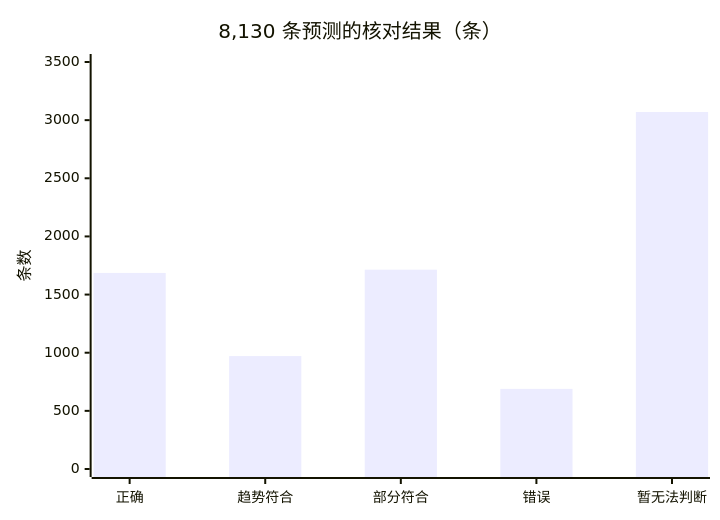
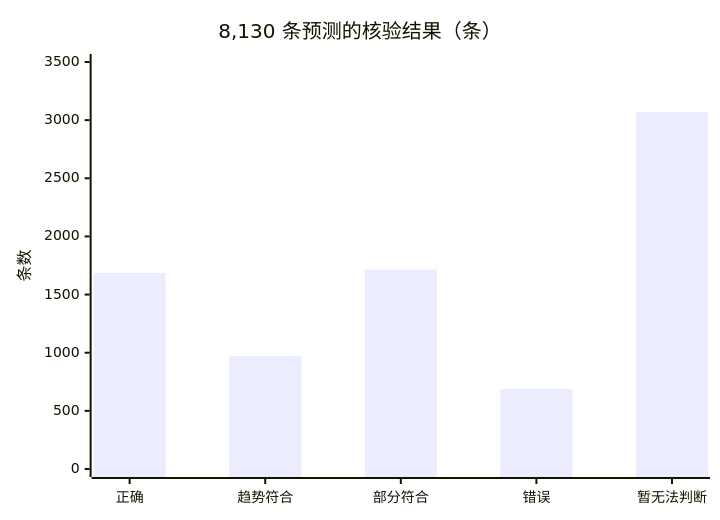
Before and after one commit to nebulonvc/forecast-lab: the first of 2 diagrams in docs/00-key-insights.md, drawn with Mermaid. The commit also changed other lines of this file and 1 other file, not shown here.

````diff
--- a/docs/00-key-insights.md
+++ b/docs/00-key-insights.md
@@ -34,7 +32,7 @@
 ```mermaid
 xychart-beta
-    title "8,130 条预测的核对结果（条）"
+    title "8,130 条预测的核验结果（条）"
     x-axis ["正确", "趋势符合", "部分符合", "错误", "暂无法判断"]
     y-axis "条数" 0 --> 3500
     bar [1686, 971, 1714, 689, 3070]
 ```
````
